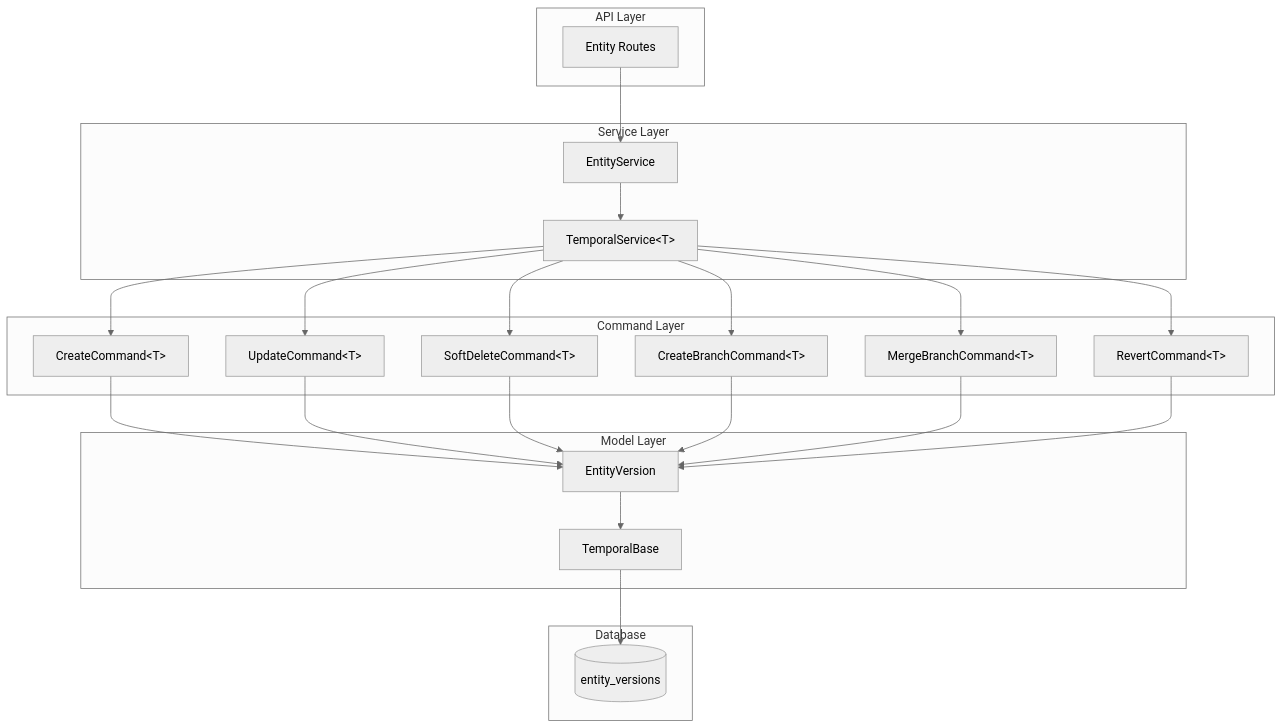
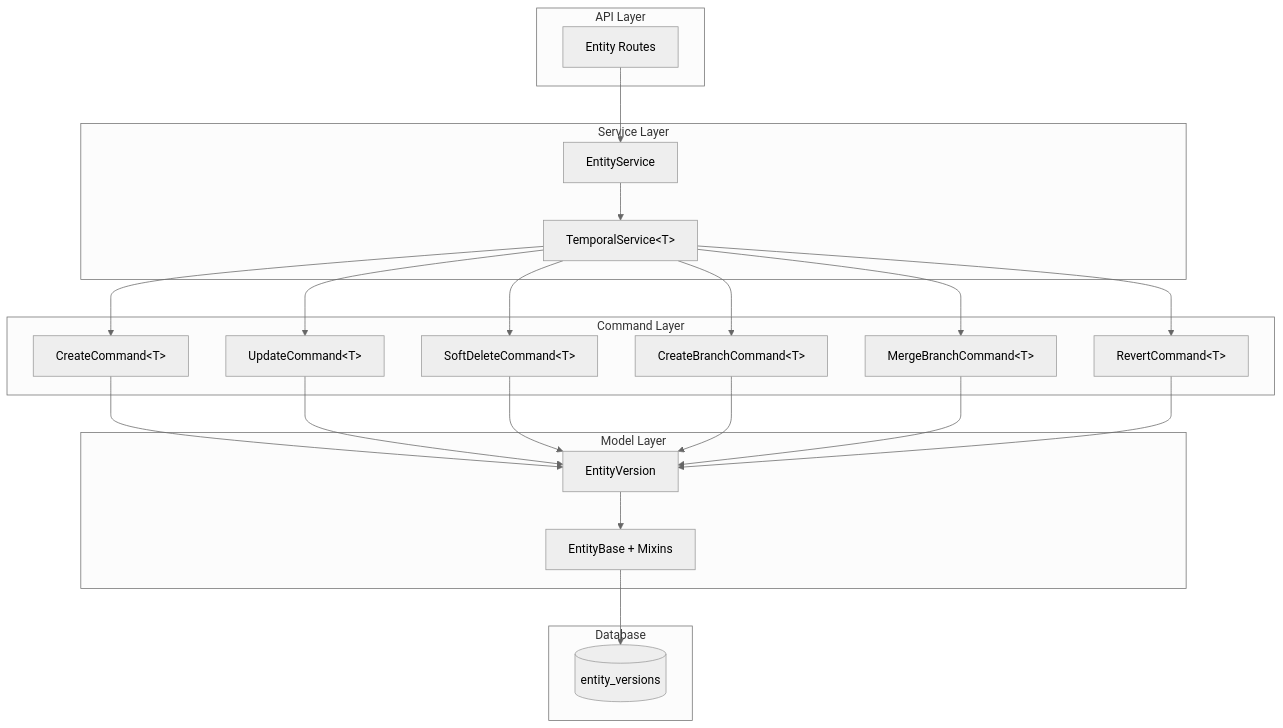
The first of 3 diagrams in docs/02-architecture/backend/contexts/evcs-core/architecture.md (ogghst/backcast), drawn with Mermaid (neutral theme) before and after one commit. The commit also changed other lines of this file and 31 other files, not shown here.

First line of the commit message:
docs: update architecture documentation timestamps and fix critical issues

````diff
--- a/docs/02-architecture/backend/contexts/evcs-core/architecture.md
+++ b/docs/02-architecture/backend/contexts/evcs-core/architecture.md
@@ -39,36 +39,36 @@
 ```mermaid
 graph TB
     subgraph "API Layer"
         A[Entity Routes]
     end
 
     subgraph "Service Layer"
         B[TemporalService&lt;T&gt;]
         C[EntityService]
     end
 
     subgraph "Command Layer"
         D[CreateCommand&lt;T&gt;]
         E[UpdateCommand&lt;T&gt;]
         F[SoftDeleteCommand&lt;T&gt;]
         G[CreateBranchCommand&lt;T&gt;]
         H[MergeBranchCommand&lt;T&gt;]
         I[RevertCommand&lt;T&gt;]
     end
 
     subgraph "Model Layer"
-        J[TemporalBase]
+        J[EntityBase + Mixins]
         K[EntityVersion]
     end
 
     subgraph "Database"
         L[(entity_versions)]
     end
 
     A --> C
     C --> B
     B --> D & E & F & G & H & I
     D & E & F & G & H & I --> K
     K --> J
     J --> L
 ```
````
